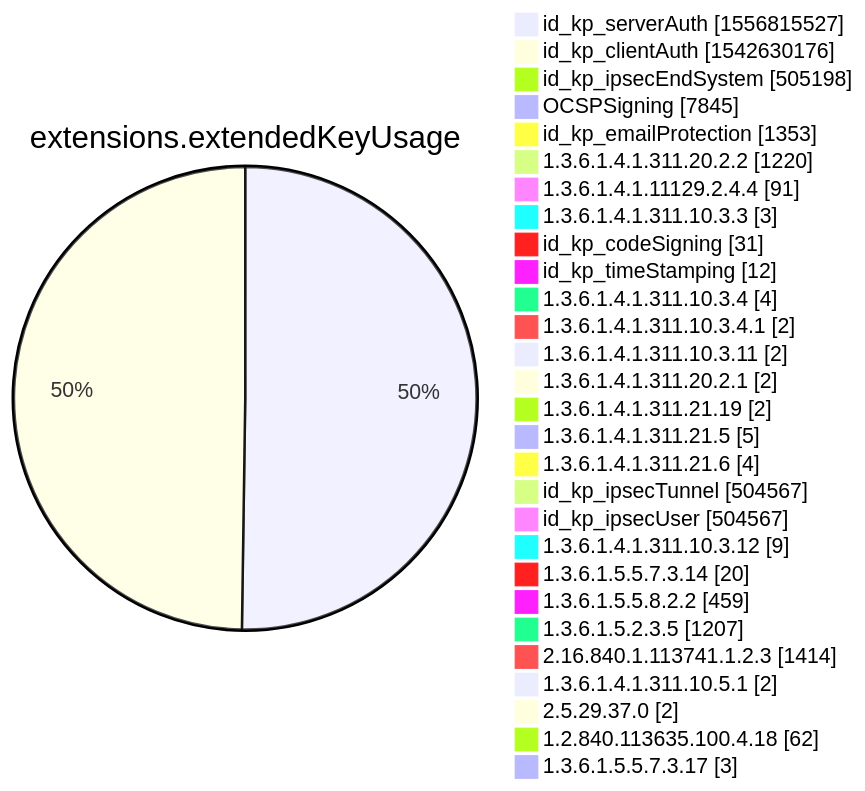
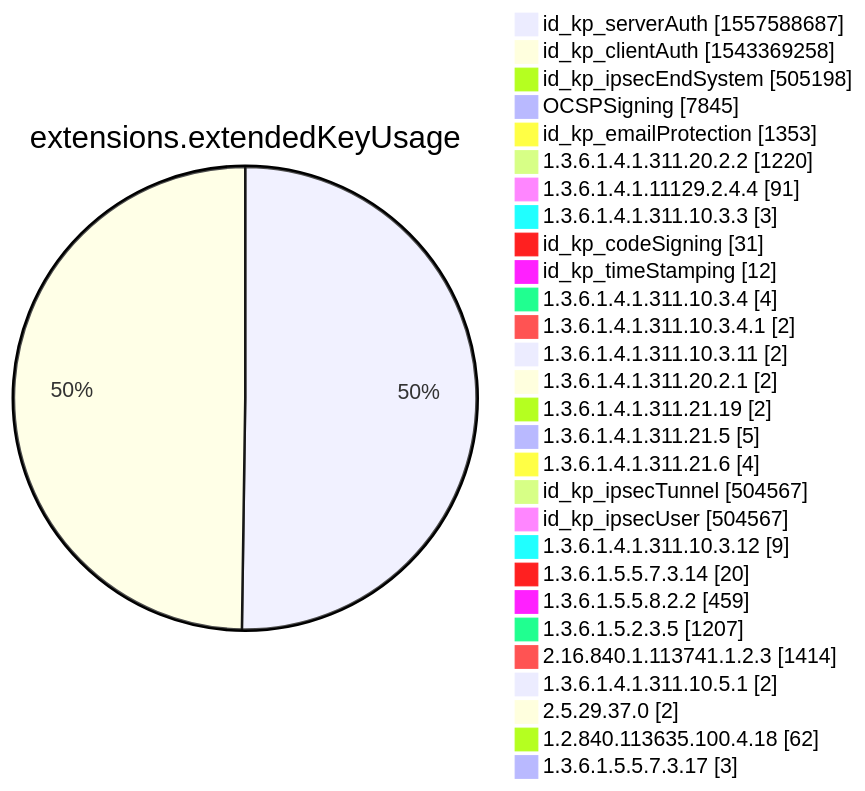
Before and after one commit to christiankrug/ctmonitor_visualization: diagram 12 of 15 in xenon2022/README.md, drawn with Mermaid. The commit also changed other lines of this file, not shown here.

````diff
--- a/xenon2022/README.md
+++ b/xenon2022/README.md
@@ -3882,32 +3882,32 @@
 ```mermaid
 pie showData
 title extensions.extendedKeyUsage
-"id_kp_serverAuth" :1556815527
-"id_kp_clientAuth" :1542630176
+"id_kp_serverAuth" :1557588687
+"id_kp_clientAuth" :1543369258
 "id_kp_ipsecEndSystem" :505198
 "OCSPSigning" :7845
 "id_kp_emailProtection" :1353
 "1.3.6.1.4.1.311.20.2.2" :1220
 "1.3.6.1.4.1.11129.2.4.4" :91
 "1.3.6.1.4.1.311.10.3.3" :3
 "id_kp_codeSigning" :31
 "id_kp_timeStamping" :12
 "1.3.6.1.4.1.311.10.3.4" :4
 "1.3.6.1.4.1.311.10.3.4.1" :2
 "1.3.6.1.4.1.311.10.3.11" :2
 "1.3.6.1.4.1.311.20.2.1" :2
 "1.3.6.1.4.1.311.21.19" :2
 "1.3.6.1.4.1.311.21.5" :5
 "1.3.6.1.4.1.311.21.6" :4
 "id_kp_ipsecTunnel" :504567
 "id_kp_ipsecUser" :504567
 "1.3.6.1.4.1.311.10.3.12" :9
 "1.3.6.1.5.5.7.3.14" :20
 "1.3.6.1.5.5.8.2.2" :459
 "1.3.6.1.5.2.3.5" :1207
 "2.16.840.1.113741.1.2.3" :1414
 "1.3.6.1.4.1.311.10.5.1" :2
 "2.5.29.37.0" :2
 "1.2.840.113635.100.4.18" :62
 "1.3.6.1.5.5.7.3.17" :3
 ```
````
